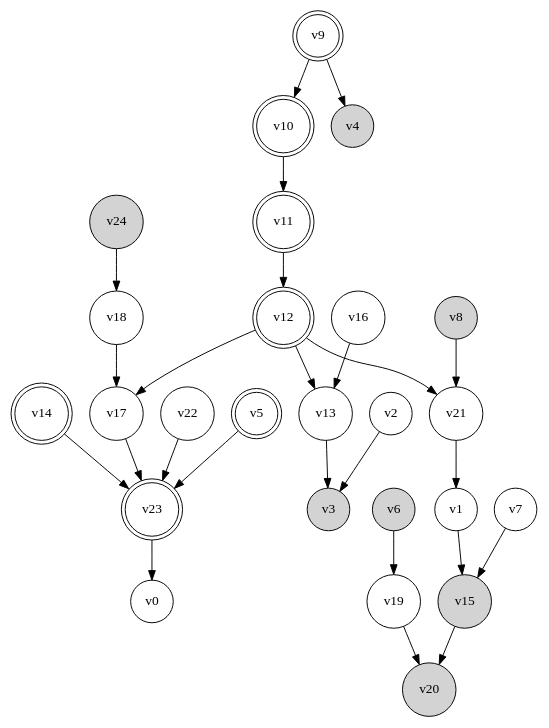
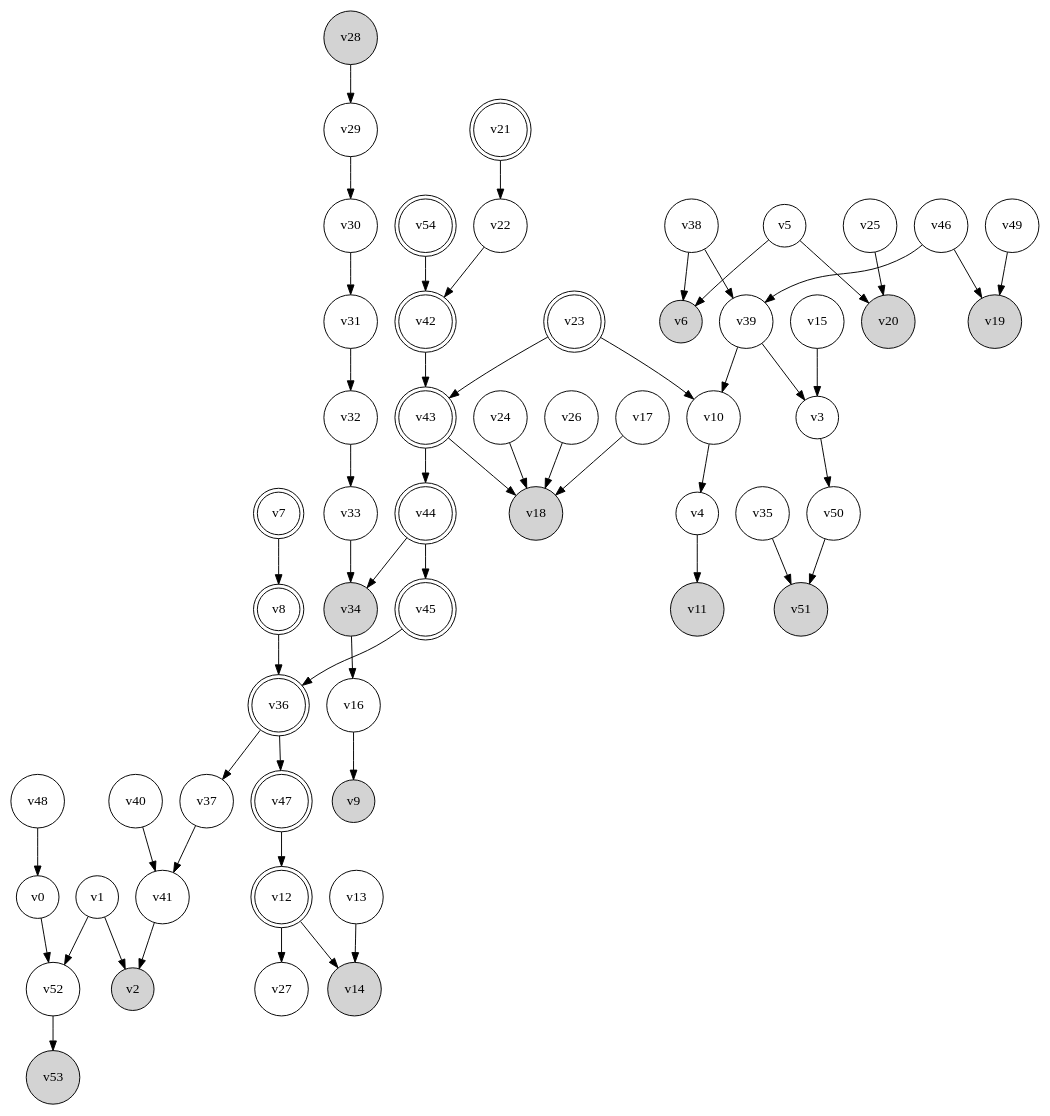
Before and after one commit to arthurhaiying/TestingBayesianNetwork: the diagram in examples/polytreeTBN/polytree.gv, drawn with Graphviz. The commit also changed 21 other files, not shown here.

```diff
--- a/examples/polytreeTBN/polytree.gv
+++ b/examples/polytreeTBN/polytree.gv
@@ -1,52 +1,112 @@
 digraph {
 	rankdir=TD
 	v0 [shape=circle]
 	v1 [shape=circle]
-	v2 [shape=circle]
-	v3 [shape=circle style=filled]
-	v4 [shape=circle style=filled]
-	v5 [shape=doublecircle]
+	v2 [shape=circle style=filled]
+	v3 [shape=circle]
+	v4 [shape=circle]
+	v5 [shape=circle]
 	v6 [shape=circle style=filled]
-	v7 [shape=circle]
-	v8 [shape=circle style=filled]
-	v9 [shape=doublecircle]
-	v10 [shape=doublecircle]
-	v11 [shape=doublecircle]
+	v7 [shape=doublecircle]
+	v8 [shape=doublecircle]
+	v9 [shape=circle style=filled]
+	v10 [shape=circle]
+	v11 [shape=circle style=filled]
 	v12 [shape=doublecircle]
 	v13 [shape=circle]
-	v14 [shape=doublecircle]
-	v15 [shape=circle style=filled]
+	v14 [shape=circle style=filled]
+	v15 [shape=circle]
 	v16 [shape=circle]
 	v17 [shape=circle]
-	v18 [shape=circle]
-	v19 [shape=circle]
+	v18 [shape=circle style=filled]
+	v19 [shape=circle style=filled]
 	v20 [shape=circle style=filled]
-	v21 [shape=circle]
+	v21 [shape=doublecircle]
 	v22 [shape=circle]
 	v23 [shape=doublecircle]
-	v24 [shape=circle style=filled]
-	v1 -> v15
-	v2 -> v3
-	v5 -> v23
-	v6 -> v19
-	v7 -> v15
-	v8 -> v21
-	v9 -> v10
-	v9 -> v4
-	v10 -> v11
-	v11 -> v12
-	v12 -> v17
-	v12 -> v13
-	v12 -> v21
-	v13 -> v3
-	v14 -> v23
-	v15 -> v20
-	v16 -> v13
-	v17 -> v23
-	v18 -> v17
-	v19 -> v20
-	v21 -> v1
-	v22 -> v23
-	v23 -> v0
+	v24 [shape=circle]
+	v25 [shape=circle]
+	v26 [shape=circle]
+	v27 [shape=circle]
+	v28 [shape=circle style=filled]
+	v29 [shape=circle]
+	v30 [shape=circle]
+	v31 [shape=circle]
+	v32 [shape=circle]
+	v33 [shape=circle]
+	v34 [shape=circle style=filled]
+	v35 [shape=circle]
+	v36 [shape=doublecircle]
+	v37 [shape=circle]
+	v38 [shape=circle]
+	v39 [shape=circle]
+	v40 [shape=circle]
+	v41 [shape=circle]
+	v42 [shape=doublecircle]
+	v43 [shape=doublecircle]
+	v44 [shape=doublecircle]
+	v45 [shape=doublecircle]
+	v46 [shape=circle]
+	v47 [shape=doublecircle]
+	v48 [shape=circle]
+	v49 [shape=circle]
+	v50 [shape=circle]
+	v51 [shape=circle style=filled]
+	v52 [shape=circle]
+	v53 [shape=circle style=filled]
+	v54 [shape=doublecircle]
+	v0 -> v52
+	v1 -> v52
+	v1 -> v2
+	v3 -> v50
+	v4 -> v11
+	v5 -> v6
+	v5 -> v20
+	v7 -> v8
+	v8 -> v36
+	v10 -> v4
+	v12 -> v14
+	v12 -> v27
+	v13 -> v14
+	v15 -> v3
+	v16 -> v9
+	v17 -> v18
+	v21 -> v22
+	v22 -> v42
+	v23 -> v10
+	v23 -> v43
 	v24 -> v18
+	v25 -> v20
+	v26 -> v18
+	v28 -> v29
+	v29 -> v30
+	v30 -> v31
+	v31 -> v32
+	v32 -> v33
+	v33 -> v34
+	v34 -> v16
+	v35 -> v51
+	v36 -> v37
+	v36 -> v47
+	v37 -> v41
+	v38 -> v39
+	v38 -> v6
+	v39 -> v3
+	v39 -> v10
+	v40 -> v41
+	v41 -> v2
+	v42 -> v43
+	v43 -> v18
+	v43 -> v44
+	v44 -> v45
+	v44 -> v34
+	v45 -> v36
+	v46 -> v39
+	v46 -> v19
+	v47 -> v12
+	v48 -> v0
+	v49 -> v19
+	v50 -> v51
+	v52 -> v53
+	v54 -> v42
 }
```
